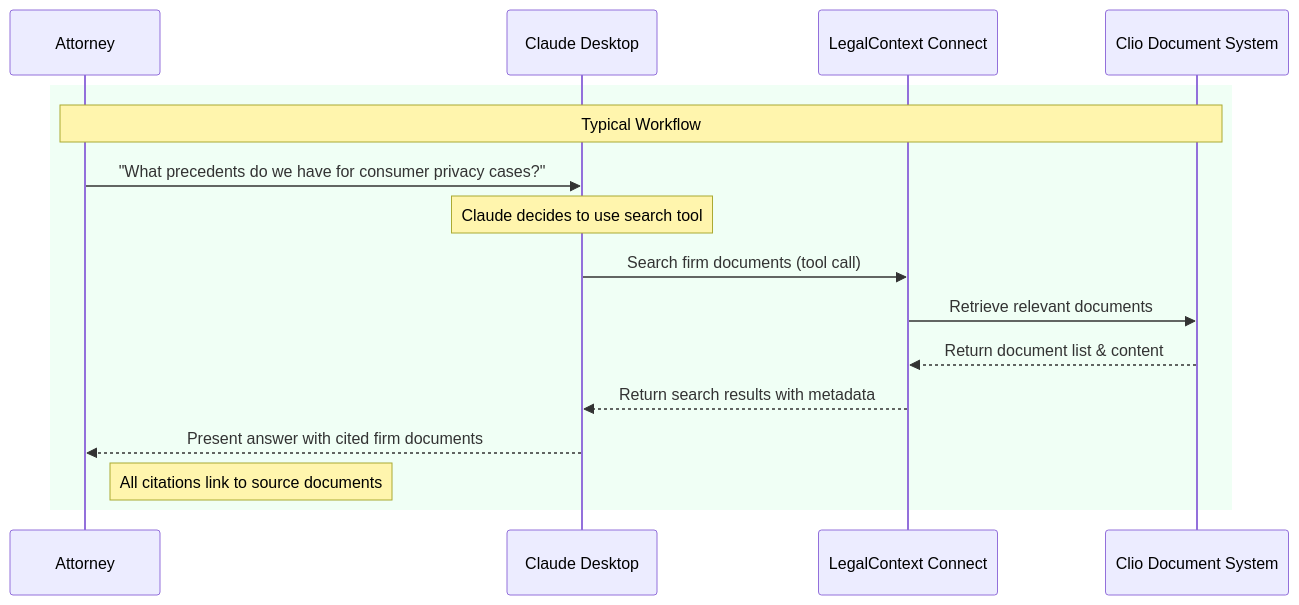
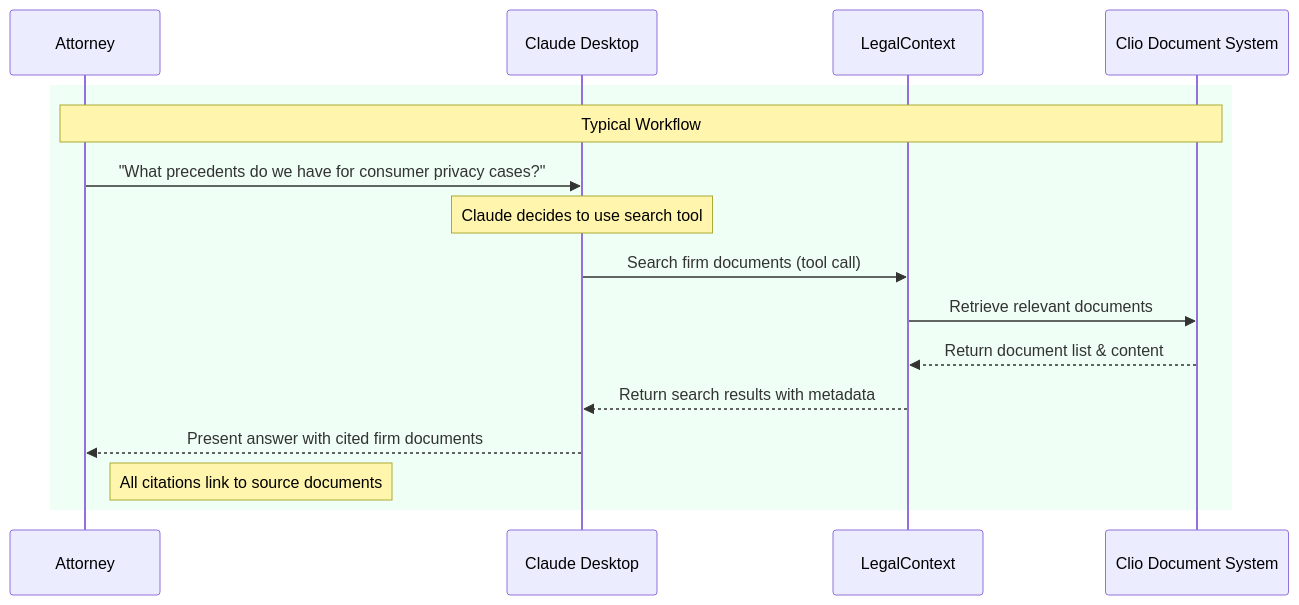
The first of 2 diagrams in README.md (protomated/legal-context), drawn with Mermaid before and after one commit. The commit also changed other lines of this file, not shown here.

First line of the commit message:
Rename "LegalContext Connect" to "LegalContext" across docs

````diff
--- a/README.md
+++ b/README.md
@@ -85,21 +85,21 @@
 ```mermaid
 sequenceDiagram
     participant Attorney as Attorney
     participant Claude as Claude Desktop
-    participant LCServer as LegalContext Connect
+    participant LCServer as LegalContext
     participant Clio as Clio Document System
     
     %% Everyday Usage Flow
     rect rgb(240, 255, 245)
         Note over Attorney,Clio: Typical Workflow
         
         Attorney->>Claude: "What precedents do we have for consumer privacy cases?"
         Note over Claude: Claude decides to use search tool
         Claude->>LCServer: Search firm documents (tool call)
         LCServer->>Clio: Retrieve relevant documents
         Clio-->>LCServer: Return document list & content
         LCServer-->>Claude: Return search results with metadata
         Claude-->>Attorney: Present answer with cited firm documents
         Note right of Attorney: All citations link to source documents
     end
 ```
````
